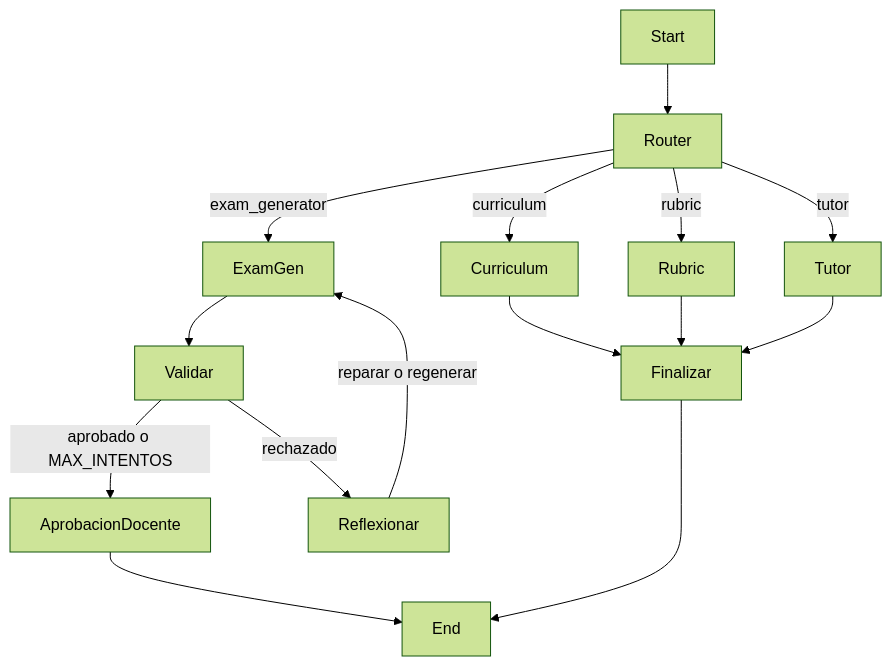
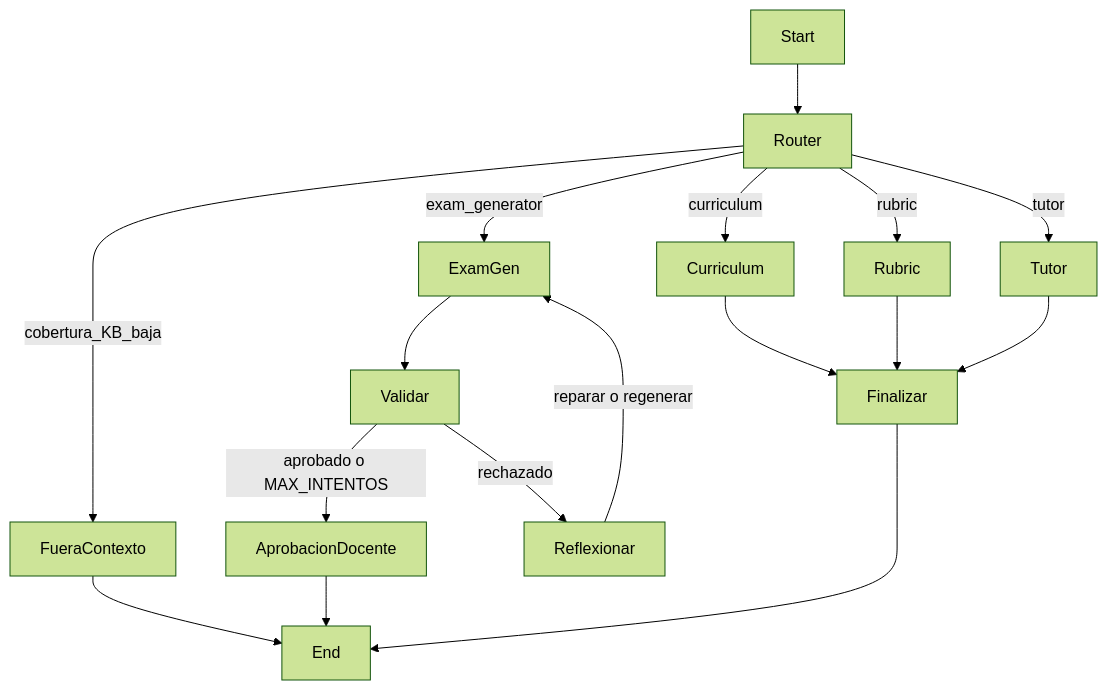
One commit to DavidLeonP/Orquestacion-Agentes changed the second of 4 diagrams in docs/implementacion.md. Above: the diagram before and after it, drawn with Mermaid (forest theme). The commit also changed other lines of this file and 59 other files, not shown here.

````diff
--- a/docs/implementacion.md
+++ b/docs/implementacion.md
@@ -122,17 +123,19 @@
 ```mermaid
 flowchart TD
     Start --> Router
+    Router -->|cobertura_KB_baja| FueraContexto
     Router -->|curriculum| Curriculum
     Router -->|exam_generator| ExamGen
     Router -->|rubric| Rubric
     Router -->|tutor| Tutor
     ExamGen --> Validar
     Validar -->|aprobado o MAX_INTENTOS| AprobacionDocente
     Validar -->|rechazado| Reflexionar
     Reflexionar -->|reparar o regenerar| ExamGen
     Curriculum --> Finalizar
     Rubric --> Finalizar
     Tutor --> Finalizar
+    FueraContexto --> End
     AprobacionDocente --> End
     Finalizar --> End
 ```
````
